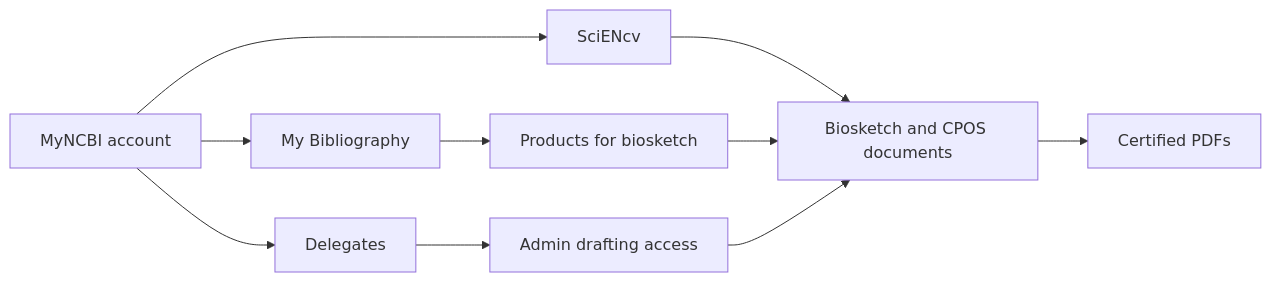
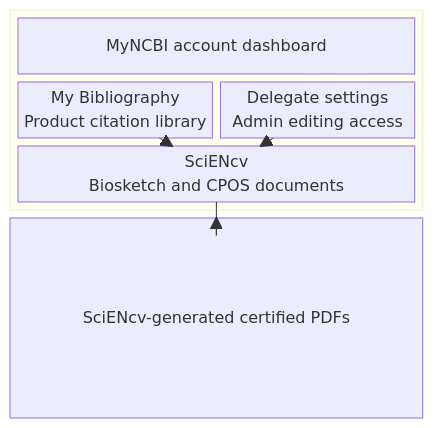
One commit to FritscheLab/nih-sciencv-playbook changed the diagram in docs/getting-ready/myncbi-sciencv.md. Above: the diagram before and after it, drawn with Mermaid. The commit also changed other lines of this file and 60 other files, not shown here.

````diff
--- a/docs/getting-ready/myncbi-sciencv.md
+++ b/docs/getting-ready/myncbi-sciencv.md
@@ -18,14 +20,15 @@
 ```mermaid
-flowchart LR
-    accTitle: MyNCBI and SciENcv workspace map
-    accDescr: MyNCBI contains SciENcv, My Bibliography, and delegate settings that together support Common Form preparation.
-    A["MyNCBI account"] --> B["SciENcv"]
-    A --> C["My Bibliography"]
-    A --> D["Delegates"]
-    B --> E["Biosketch and CPOS documents"]
-    C --> F["Products for biosketch"]
-    D --> G["Admin drafting access"]
-    E --> H["Certified PDFs"]
-    F --> E
-    G --> E
+block-beta
+    columns 2
+    block:account:2
+        columns 2
+        dashboard["MyNCBI account dashboard"]:2
+        bibliography["My Bibliography<br/>Product citation library"]
+        delegates["Delegate settings<br/>Admin editing access"]
+        sciencv["SciENcv<br/>Biosketch and CPOS documents"]:2
+    end
+    output["SciENcv-generated certified PDFs"]:2
+    bibliography --> sciencv
+    delegates --> sciencv
+    sciencv --> output
 ```
````
